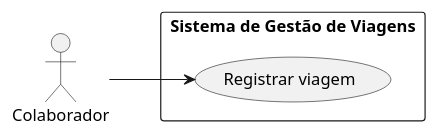
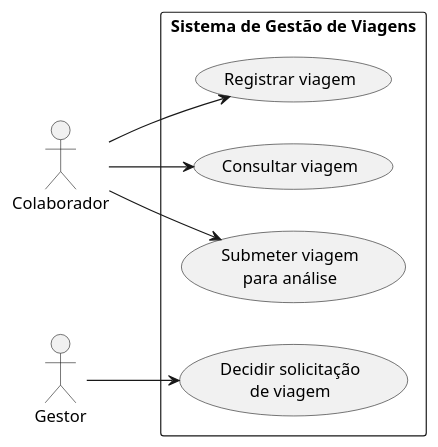
One commit to gabrielhochmann-academic/es2-travel-management changed the diagram in docs/casos-de-uso/diagrama-caso-de-uso.puml. Above: the diagram before and after it, drawn with PlantUML. The commit also changed 4 other files, not shown here.

Commit message:
docs: alinhar diagrama aos fluxos de viagem

```diff
--- a/docs/casos-de-uso/diagrama-caso-de-uso.puml
+++ b/docs/casos-de-uso/diagrama-caso-de-uso.puml
@@ -1,14 +1,21 @@
 @startuml
 left to right direction
 skinparam shadowing false
 skinparam packageStyle rectangle
 skinparam actorStyle stickman
 
 actor "Colaborador" as Colaborador
+actor "Gestor" as Gestor
 
 rectangle "Sistema de Gestão de Viagens" {
   usecase "Registrar viagem" as UC01
+  usecase "Consultar viagem" as UC02
+  usecase "Submeter viagem\npara análise" as UC03
+  usecase "Decidir solicitação\nde viagem" as UC04
 }
 
 Colaborador --> UC01
+Colaborador --> UC02
+Colaborador --> UC03
+Gestor --> UC04
 @enduml
```
